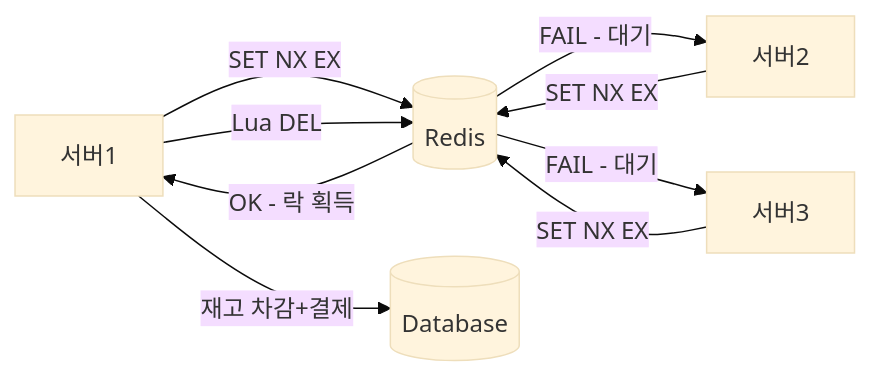
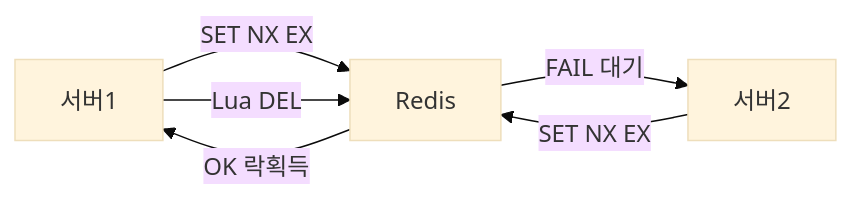
Before and after one commit to yjkim2015/yjkim2015.github.io: the first of 15 diagrams in _posts/redis/2026-05-01-redis-distributed-lock.md, drawn with Mermaid (base theme). The commit also changed other lines of this file and 163 other files, not shown here.

First line of the commit message:
Mermaid 300개 블록 내용 축소: 5노드 5엣지 이하, 의미 있는 약어

````diff
--- a/_posts/redis/2026-05-01-redis-distributed-lock.md
+++ b/_posts/redis/2026-05-01-redis-distributed-lock.md
@@ -26,12 +26,8 @@
 ```mermaid
-flowchart LR
-    S1[서버1] & S2[서버2] & S3[서버3]
-    S1 -->|"SET NX EX"| R[(Redis)]
-    S2 -->|"SET NX EX"| R
-    S3 -->|"SET NX EX"| R
-    R -->|"OK - 락 획득"| S1
-    R -->|"FAIL - 대기"| S2
-    R -->|"FAIL - 대기"| S3
-    S1 -->|"재고 차감+결제"| DB[(Database)]
-    S1 -->|"Lua DEL"| R
+graph LR
+    S1["서버1"] -->|SET NX EX| R["Redis"]
+    S2["서버2"] -->|SET NX EX| R
+    R -->|OK 락획득| S1
+    R -->|FAIL 대기| S2
+    S1 -->|Lua DEL| R
 ```
````
